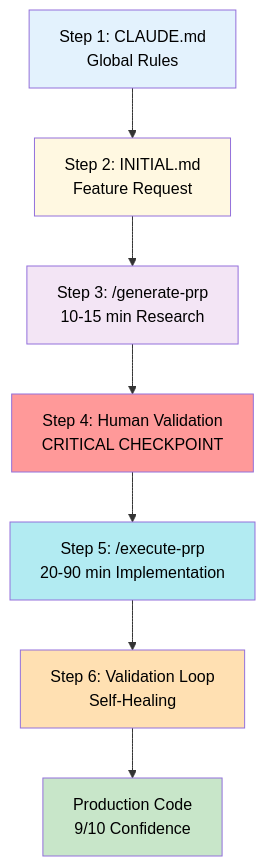
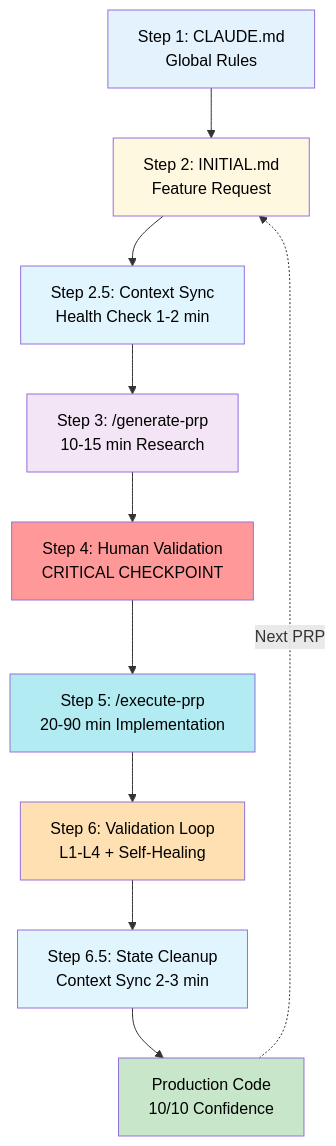
One commit to bprzybys-nc/ctx-eng-plus changed the ninth of 11 diagrams in PRPs/Model.md. Above: the diagram before and after it, drawn with Mermaid. The commit also changed other lines of this file and 1 other file, not shown here.

````diff
--- a/PRPs/Model.md
+++ b/PRPs/Model.md
@@ -679,17 +933,22 @@
 ```mermaid
 graph TB
     A["Step 1: CLAUDE.md<br/>Global Rules"] --> B["Step 2: INITIAL.md<br/>Feature Request"]
-    B --> C["Step 3: /generate-prp<br/>10-15 min Research"]
+    B --> B5["Step 2.5: Context Sync<br/>Health Check 1-2 min"]
+    B5 --> C["Step 3: /generate-prp<br/>10-15 min Research"]
     C --> D["Step 4: Human Validation<br/>CRITICAL CHECKPOINT"]
     D --> E["Step 5: /execute-prp<br/>20-90 min Implementation"]
-    E --> F["Step 6: Validation Loop<br/>Self-Healing"]
-    F --> G["Production Code<br/>9/10 Confidence"]
+    E --> F["Step 6: Validation Loop<br/>L1-L4 + Self-Healing"]
+    F --> F5["Step 6.5: State Cleanup<br/>Context Sync 2-3 min"]
+    F5 --> G["Production Code<br/>10/10 Confidence"]
+    G -.->|Next PRP| B
 
     style A fill:#e3f2fd,color:#000
     style B fill:#fff8e1,color:#000
+    style B5 fill:#e1f5fe,color:#000
     style C fill:#f3e5f5,color:#000
     style D fill:#ff9999,color:#000
     style E fill:#b2ebf2,color:#000
     style F fill:#ffe0b2,color:#000
+    style F5 fill:#e1f5fe,color:#000
     style G fill:#c8e6c9,color:#000
 ```
````
